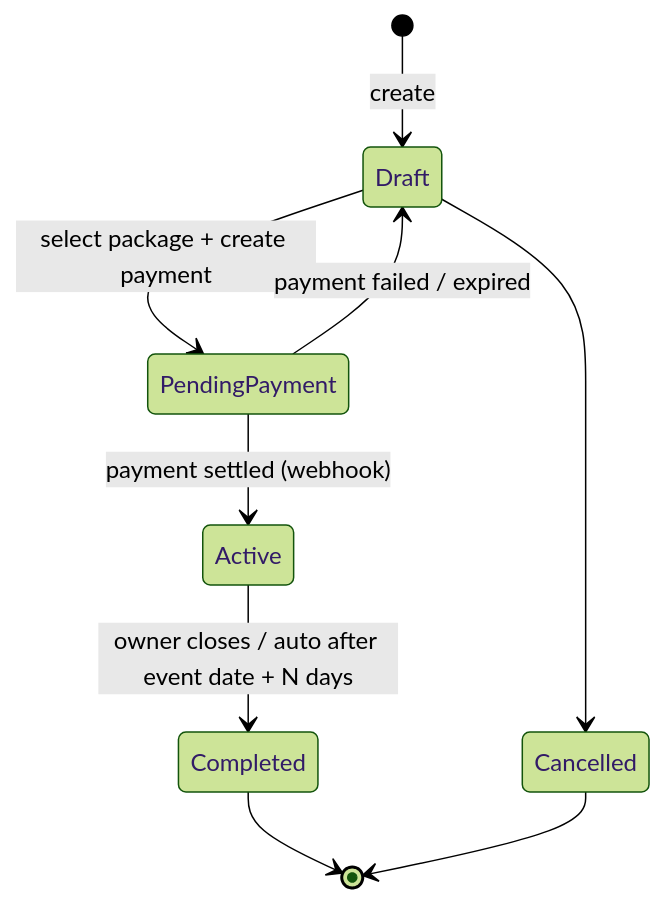
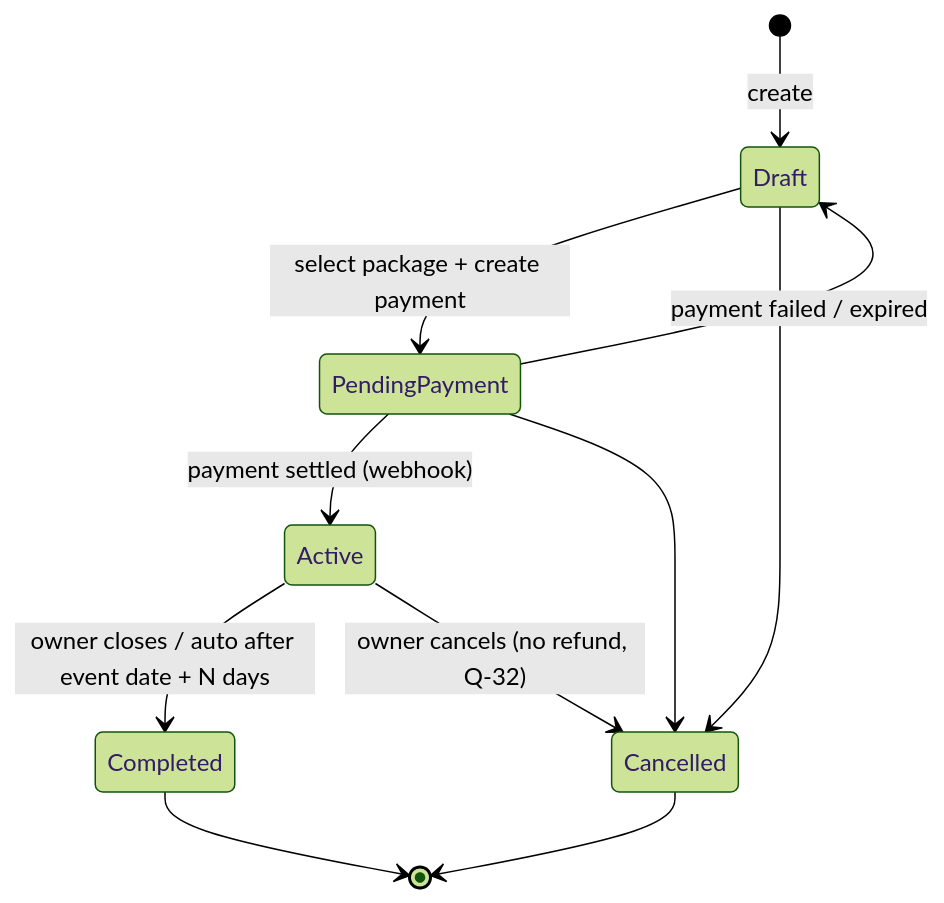
One commit to rikoaderinanda/EventLy changed the third of 5 diagrams in docs/architecture/01-system-architecture.md. Above: the diagram before and after it, drawn with Mermaid (forest theme). The commit also changed 6 other files, not shown here.

````diff
--- a/docs/architecture/01-system-architecture.md
+++ b/docs/architecture/01-system-architecture.md
@@ -211,11 +211,13 @@
 ```mermaid
 stateDiagram-v2
     [*] --> Draft : create
     Draft --> PendingPayment : select package + create payment
     PendingPayment --> Draft : payment failed / expired
     PendingPayment --> Active : payment settled (webhook)
     Active --> Completed : owner closes / auto after event date + N days
     Draft --> Cancelled
+    PendingPayment --> Cancelled
+    Active --> Cancelled : owner cancels (no refund, Q-32)
     Completed --> [*]
     Cancelled --> [*]
 ```
````
